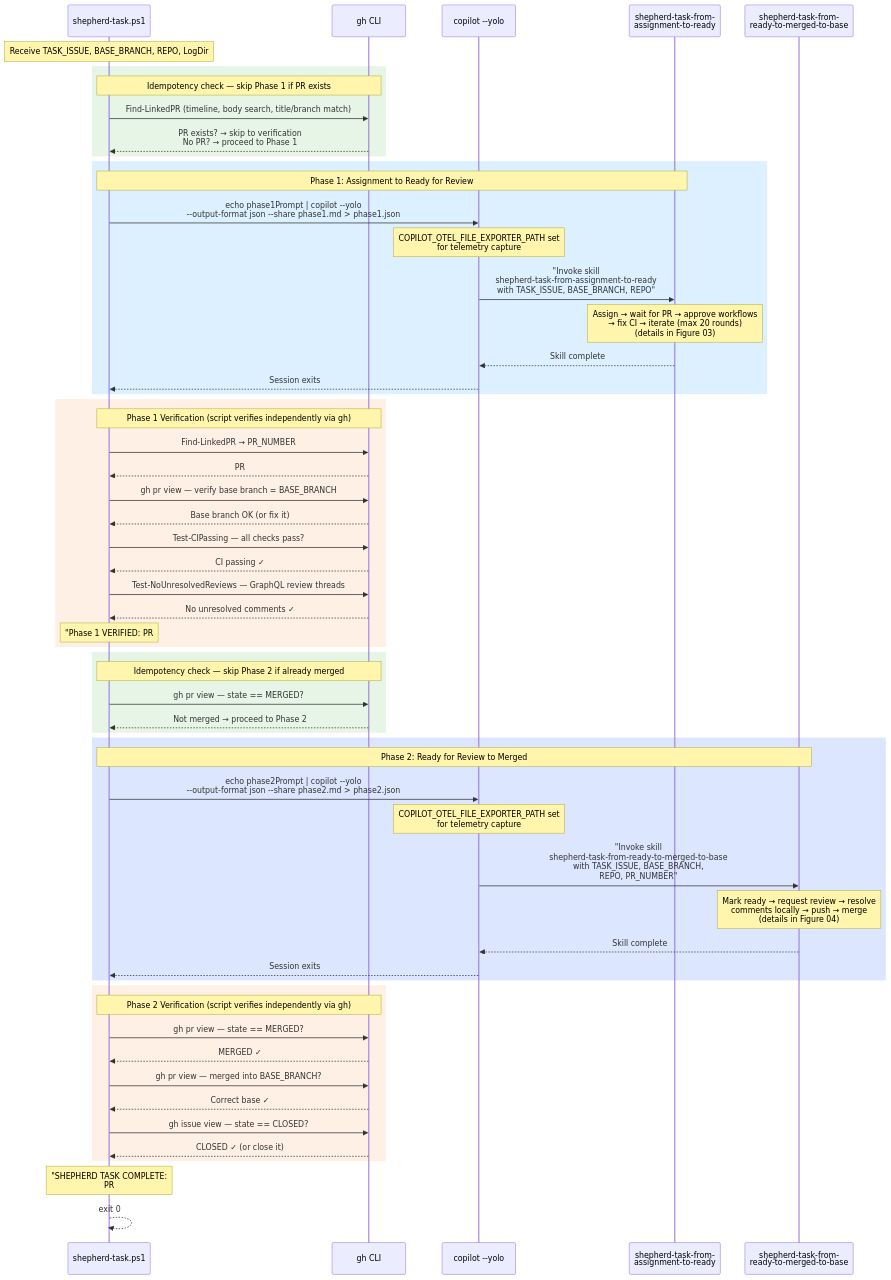
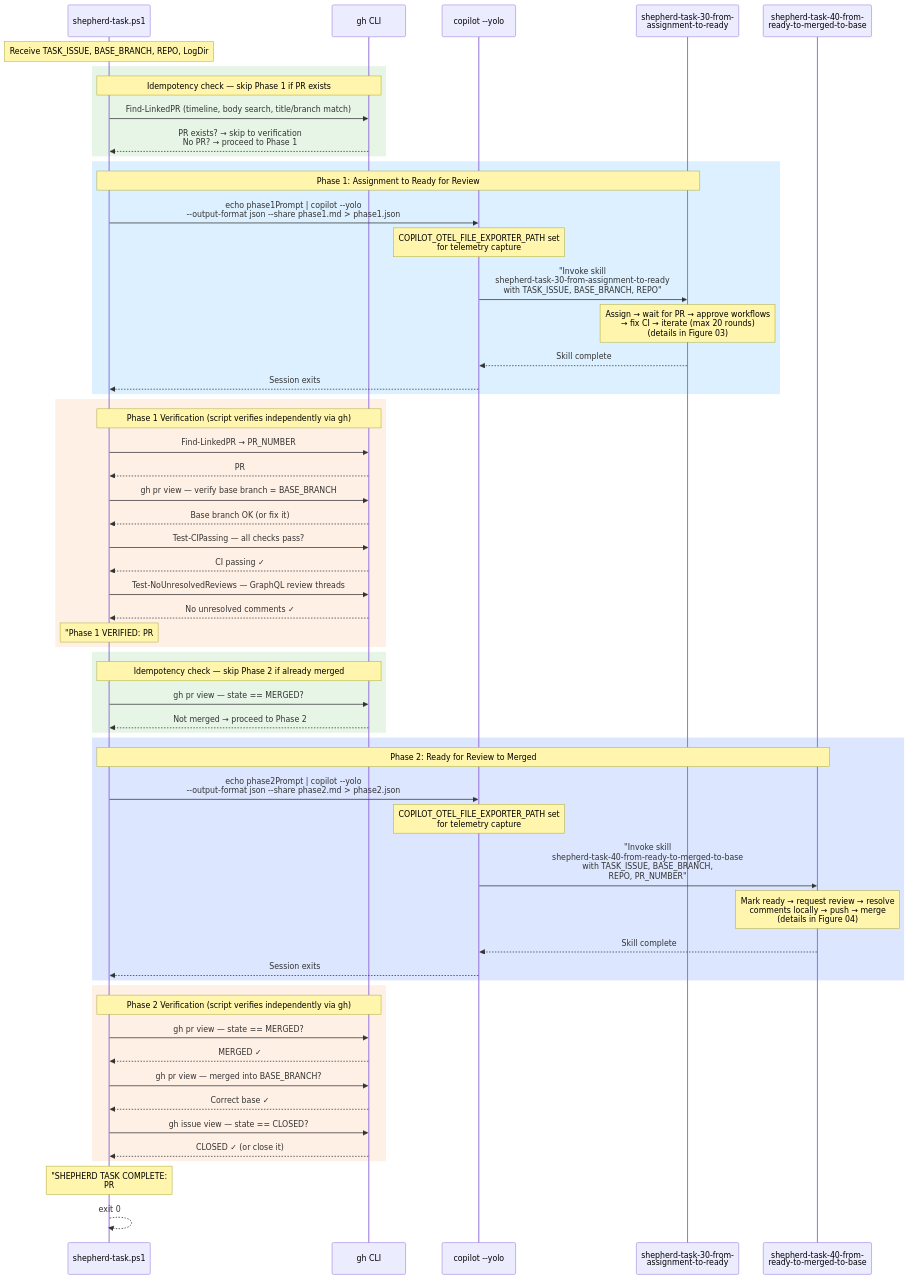
The diagram in plugins/shepherd-task/figure-02-shepherd-task.md (github/awesome-copilot), drawn with Mermaid before and after one commit. The commit also changed 30 other files, not shown here.

````diff
--- a/plugins/shepherd-task/figure-02-shepherd-task.md
+++ b/plugins/shepherd-task/figure-02-shepherd-task.md
@@ -7,68 +7,68 @@
 ```mermaid
 sequenceDiagram
     participant ST as shepherd-task.ps1
     participant GH as gh CLI
     participant Copilot as copilot --yolo
-    participant Skill1 as shepherd-task-from-<br/>assignment-to-ready
-    participant Skill2 as shepherd-task-from-<br/>ready-to-merged-to-base
+    participant Skill1 as shepherd-task-30-from-<br/>assignment-to-ready
+    participant Skill2 as shepherd-task-40-from-<br/>ready-to-merged-to-base
 
     Note over ST: Receive TASK_ISSUE, BASE_BRANCH, REPO, LogDir
 
     rect rgb(230, 245, 230)
         Note over ST,GH: Idempotency check — skip Phase 1 if PR exists
         ST->>GH: Find-LinkedPR (timeline, body search, title/branch match)
         GH-->>ST: PR exists? → skip to verification<br/>No PR? → proceed to Phase 1
     end
 
     rect rgb(220, 240, 255)
         Note over ST,Skill1: Phase 1: Assignment to Ready for Review
         ST->>Copilot: echo phase1Prompt | copilot --yolo<br/>--output-format json --share phase1.md > phase1.json
         Note over Copilot: COPILOT_OTEL_FILE_EXPORTER_PATH set<br/>for telemetry capture
-        Copilot->>Skill1: "Invoke skill<br/>shepherd-task-from-assignment-to-ready<br/>with TASK_ISSUE, BASE_BRANCH, REPO"
+        Copilot->>Skill1: "Invoke skill<br/>shepherd-task-30-from-assignment-to-ready<br/>with TASK_ISSUE, BASE_BRANCH, REPO"
         Note over Skill1: Assign → wait for PR → approve workflows<br/>→ fix CI → iterate (max 20 rounds)<br/>(details in Figure 03)
         Skill1-->>Copilot: Skill complete
         Copilot-->>ST: Session exits
     end
 
     rect rgb(255, 240, 230)
         Note over ST,GH: Phase 1 Verification (script verifies independently via gh)
         ST->>GH: Find-LinkedPR → PR_NUMBER
         GH-->>ST: PR #N found
         ST->>GH: gh pr view — verify base branch = BASE_BRANCH
         GH-->>ST: Base branch OK (or fix it)
         ST->>GH: Test-CIPassing — all checks pass?
         GH-->>ST: CI passing ✓
         ST->>GH: Test-NoUnresolvedReviews — GraphQL review threads
         GH-->>ST: No unresolved comments ✓
         Note over ST: "Phase 1 VERIFIED: PR #N is ready"
     end
 
     rect rgb(230, 245, 230)
         Note over ST,GH: Idempotency check — skip Phase 2 if already merged
         ST->>GH: gh pr view — state == MERGED?
         GH-->>ST: Not merged → proceed to Phase 2
     end
 
     rect rgb(220, 230, 255)
         Note over ST,Skill2: Phase 2: Ready for Review to Merged
         ST->>Copilot: echo phase2Prompt | copilot --yolo<br/>--output-format json --share phase2.md > phase2.json
         Note over Copilot: COPILOT_OTEL_FILE_EXPORTER_PATH set<br/>for telemetry capture
-        Copilot->>Skill2: "Invoke skill<br/>shepherd-task-from-ready-to-merged-to-base<br/>with TASK_ISSUE, BASE_BRANCH,<br/>REPO, PR_NUMBER"
+        Copilot->>Skill2: "Invoke skill<br/>shepherd-task-40-from-ready-to-merged-to-base<br/>with TASK_ISSUE, BASE_BRANCH,<br/>REPO, PR_NUMBER"
         Note over Skill2: Mark ready → request review → resolve<br/>comments locally → push → merge<br/>(details in Figure 04)
         Skill2-->>Copilot: Skill complete
         Copilot-->>ST: Session exits
     end
 
     rect rgb(255, 240, 230)
         Note over ST,GH: Phase 2 Verification (script verifies independently via gh)
         ST->>GH: gh pr view — state == MERGED?
         GH-->>ST: MERGED ✓
         ST->>GH: gh pr view — merged into BASE_BRANCH?
         GH-->>ST: Correct base ✓
         ST->>GH: gh issue view — state == CLOSED?
         GH-->>ST: CLOSED ✓ (or close it)
     end
 
     Note over ST: "SHEPHERD TASK COMPLETE:<br/>PR #N merged to BASE_BRANCH"
     ST-->>ST: exit 0
 ```
````
